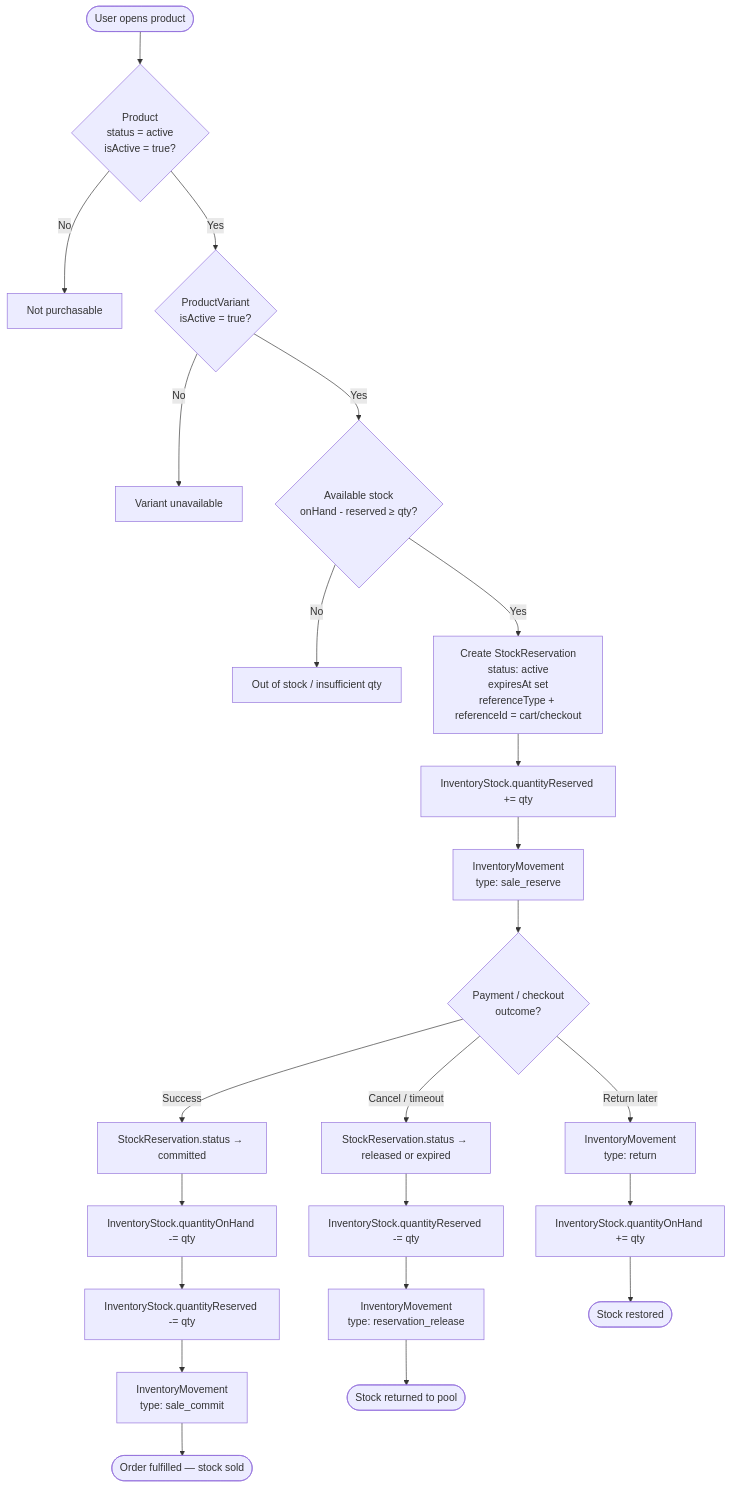
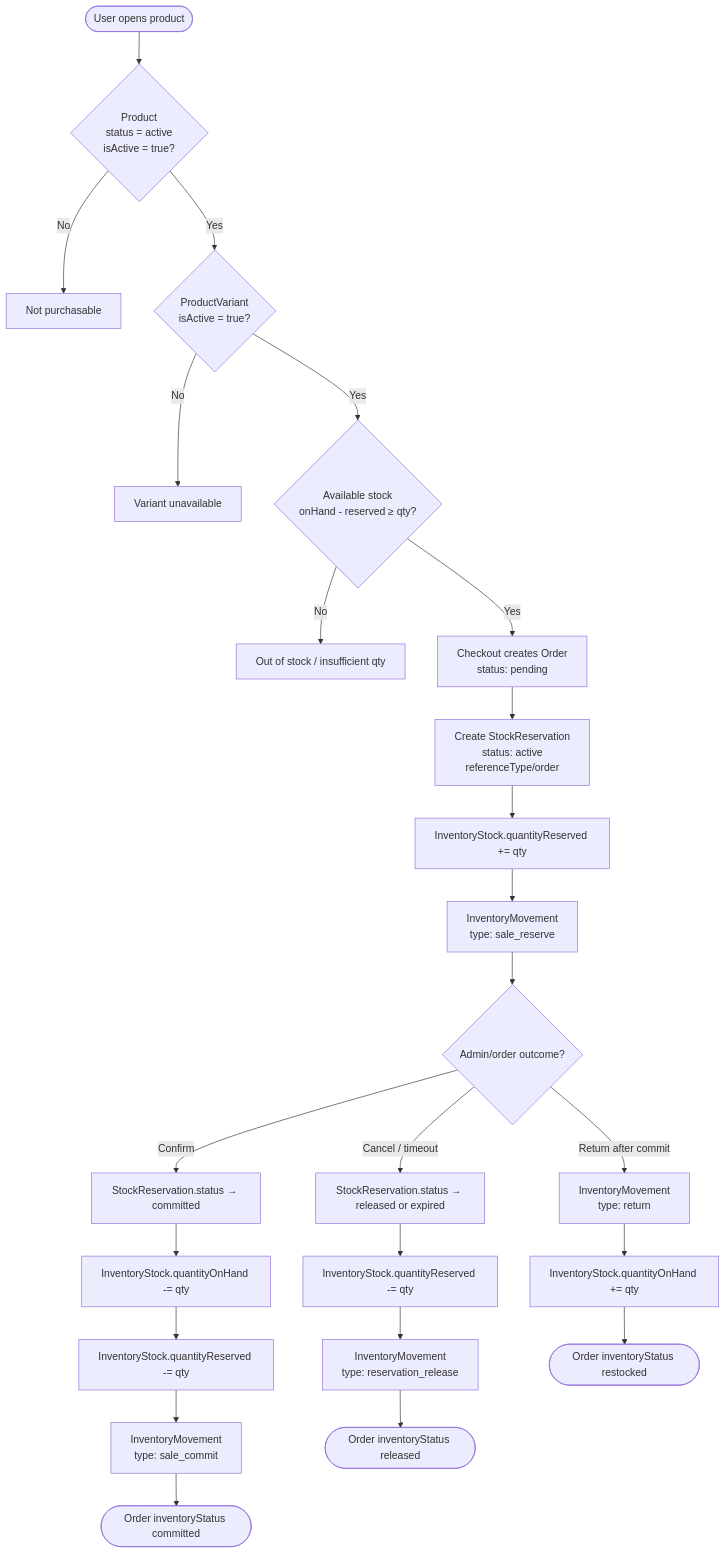
One commit to khalids01/ts-starter changed the third of 5 diagrams in docs/ecommerce-flows.md. Above: the diagram before and after it, drawn with Mermaid. The commit also changed other lines of this file and 22 other files, not shown here.

First line of the commit message:
feat: implement order management features including inventory status, payment methods, and shipping rates

````diff
--- a/docs/ecommerce-flows.md
+++ b/docs/ecommerce-flows.md
@@ -140,31 +162,32 @@
 ```mermaid
 flowchart TD
   START([User opens product]) --> CHECK_PROD{Product<br/>status = active<br/>isActive = true?}
   CHECK_PROD -->|No| BLOCK1[Not purchasable]
   CHECK_PROD -->|Yes| CHECK_VAR{ProductVariant<br/>isActive = true?}
   CHECK_VAR -->|No| BLOCK2[Variant unavailable]
   CHECK_VAR -->|Yes| CHECK_STOCK{Available stock<br/>onHand - reserved ≥ qty?}
 
   CHECK_STOCK -->|No| BLOCK3[Out of stock / insufficient qty]
-  CHECK_STOCK -->|Yes| RESERVE[Create StockReservation<br/>status: active<br/>expiresAt set<br/>referenceType + referenceId = cart/checkout]
+  CHECK_STOCK -->|Yes| CHECKOUT[Checkout creates Order<br/>status: pending]
+  CHECKOUT --> RESERVE[Create StockReservation<br/>status: active<br/>referenceType/order]
 
   RESERVE --> INC_RES[InventoryStock.quantityReserved += qty]
   INC_RES --> LOG_RES[InventoryMovement<br/>type: sale_reserve]
 
-  LOG_RES --> PAY{Payment / checkout<br/>outcome?}
+  LOG_RES --> ADMIN{Admin/order outcome?}
 
-  PAY -->|Success| COMMIT[StockReservation.status → committed]
+  ADMIN -->|Confirm| COMMIT[StockReservation.status → committed]
   COMMIT --> DEC_ON[InventoryStock.quantityOnHand -= qty]
   DEC_ON --> DEC_RES[InventoryStock.quantityReserved -= qty]
   DEC_RES --> LOG_COMMIT[InventoryMovement<br/>type: sale_commit]
-  LOG_COMMIT --> DONE([Order fulfilled — stock sold])
+  LOG_COMMIT --> DONE([Order inventoryStatus committed])
 
-  PAY -->|Cancel / timeout| RELEASE[StockReservation.status → released or expired]
+  ADMIN -->|Cancel / timeout| RELEASE[StockReservation.status → released or expired]
   RELEASE --> DEC_RES2[InventoryStock.quantityReserved -= qty]
   DEC_RES2 --> LOG_REL[InventoryMovement<br/>type: reservation_release]
-  LOG_REL --> BACK([Stock returned to pool])
+  LOG_REL --> BACK([Order inventoryStatus released])
 
-  PAY -->|Return later| RET[InventoryMovement<br/>type: return]
+  ADMIN -->|Return after commit| RET[InventoryMovement<br/>type: return]
   RET --> INC_ON[InventoryStock.quantityOnHand += qty]
-  INC_ON --> RETURNED([Stock restored])
+  INC_ON --> RETURNED([Order inventoryStatus restocked])
 ```
````
